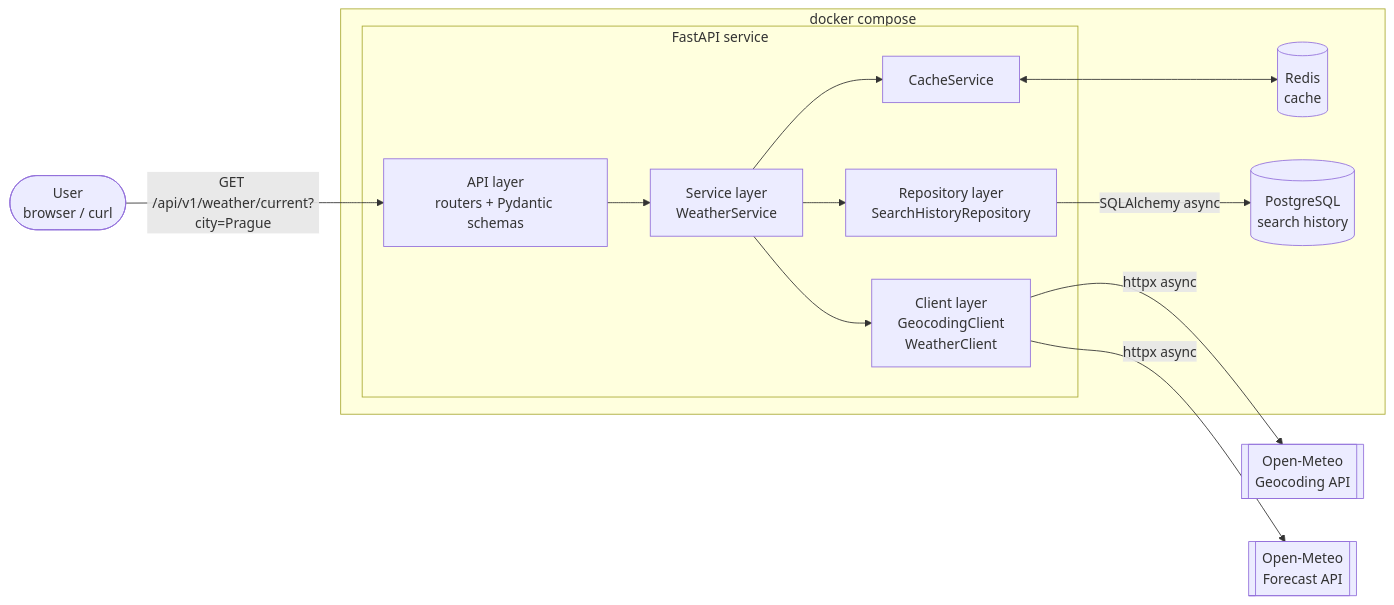
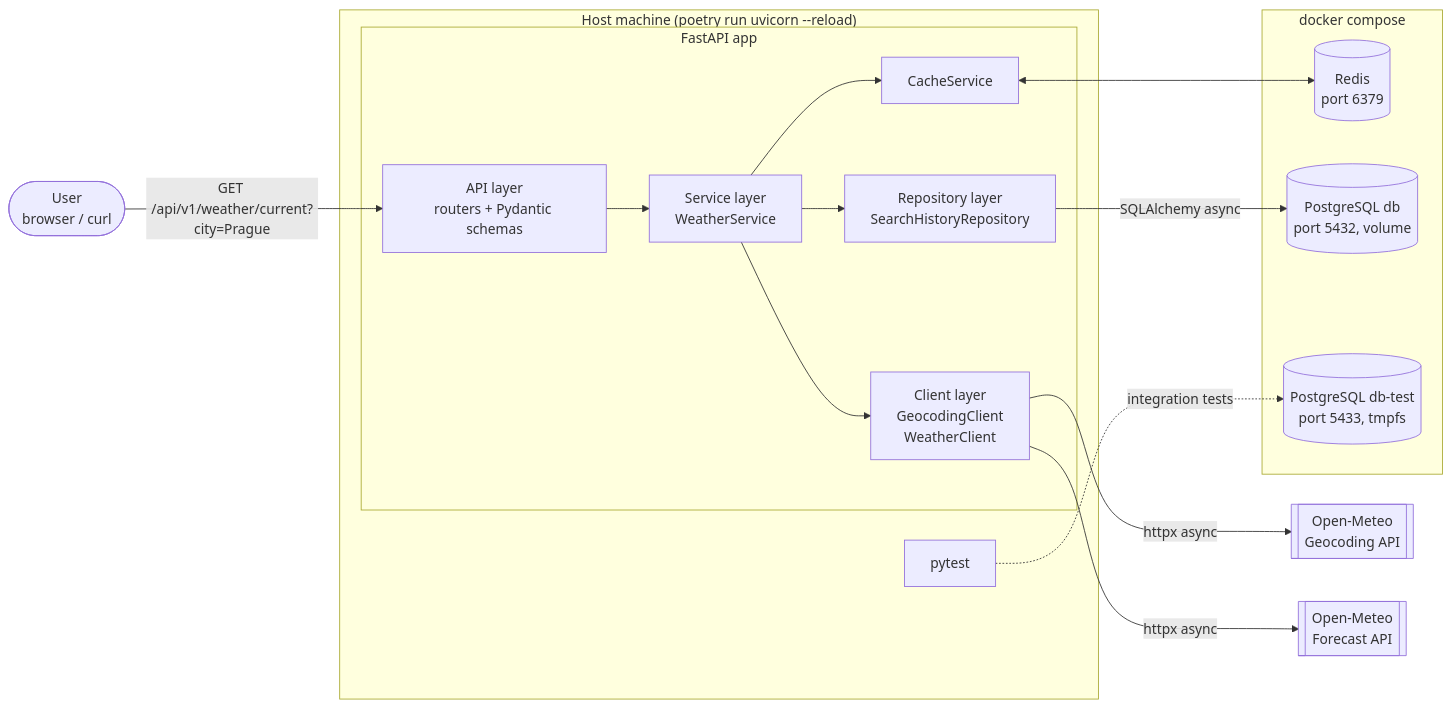
The first of 4 diagrams in ARCHITECTURE.md (loktiyur/weather_forecaster), drawn with Mermaid before and after one commit. The commit also changed other lines of this file and 34 other files, not shown here.

````diff
--- a/ARCHITECTURE.md
+++ b/ARCHITECTURE.md
@@ -68,29 +70,35 @@
 ```mermaid
 flowchart LR
     user([User<br/>browser / curl])
 
-    subgraph compose[docker compose]
-        subgraph api[FastAPI service]
+    subgraph host["Host machine (poetry run uvicorn --reload)"]
+        subgraph api[FastAPI app]
             routes[API layer<br/>routers + Pydantic schemas]
             service[Service layer<br/>WeatherService]
             clients[Client layer<br/>GeocodingClient<br/>WeatherClient]
             repo[Repository layer<br/>SearchHistoryRepository]
             cache[CacheService]
         end
-        redis[(Redis<br/>cache)]
-        pg[(PostgreSQL<br/>search history)]
+        tests[pytest]
+    end
+
+    subgraph compose[docker compose]
+        redis[("Redis<br/>port 6379")]
+        pg[("PostgreSQL db<br/>port 5432, volume")]
+        pgtest[("PostgreSQL db-test<br/>port 5433, tmpfs")]
     end
 
     geo[[Open-Meteo<br/>Geocoding API]]
     meteo[[Open-Meteo<br/>Forecast API]]
 
     user -- "GET /api/v1/weather/current?city=Prague" --> routes
     routes --> service
     service --> cache
     cache <--> redis
     service --> clients
     clients -- httpx async --> geo
     clients -- httpx async --> meteo
     service --> repo
     repo -- SQLAlchemy async --> pg
+    tests -. integration tests .-> pgtest
 ```
````
